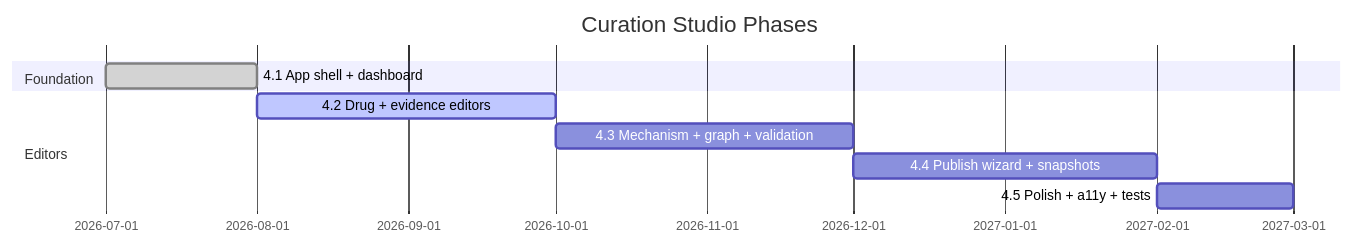
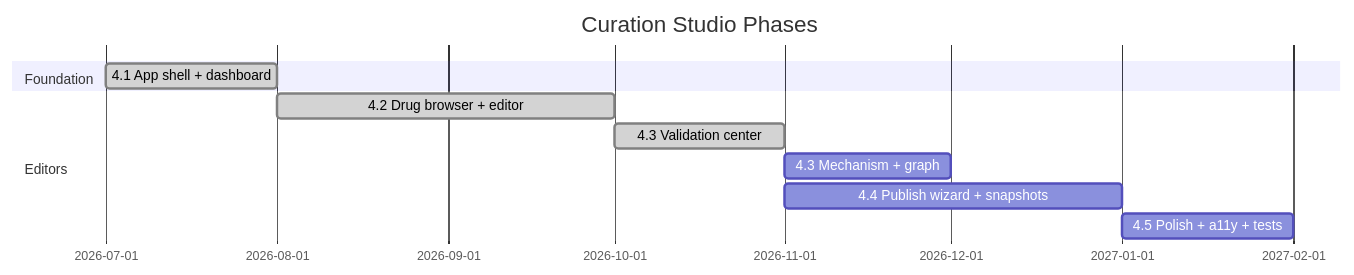
Before and after one commit to drFurkanGuven/FarmacoGraph: the second of 5 diagrams in docs/studio-roadmap.md, drawn with Mermaid. The commit also changed other lines of this file and 142 other files, not shown here.

````diff
--- a/docs/studio-roadmap.md
+++ b/docs/studio-roadmap.md
@@ -53,12 +69,13 @@
 ```mermaid
 gantt
     title Curation Studio Phases
     dateFormat YYYY-MM
     section Foundation
     4.1 App shell + dashboard     :done, s41, 2026-07, 1M
     section Editors
-    4.2 Drug + evidence editors   :active, s42, after s41, 2M
-    4.3 Mechanism + graph + validation :s43, after s42, 2M
+    4.2 Drug browser + editor   :done, s42, after s41, 2M
+    4.3 Validation center       :done, s43, after s42, 1M
+    4.3 Mechanism + graph       :s43b, after s43, 1M
     4.4 Publish wizard + snapshots :s44, after s43, 2M
     4.5 Polish + a11y + tests     :s45, after s44, 1M
 ```
````
